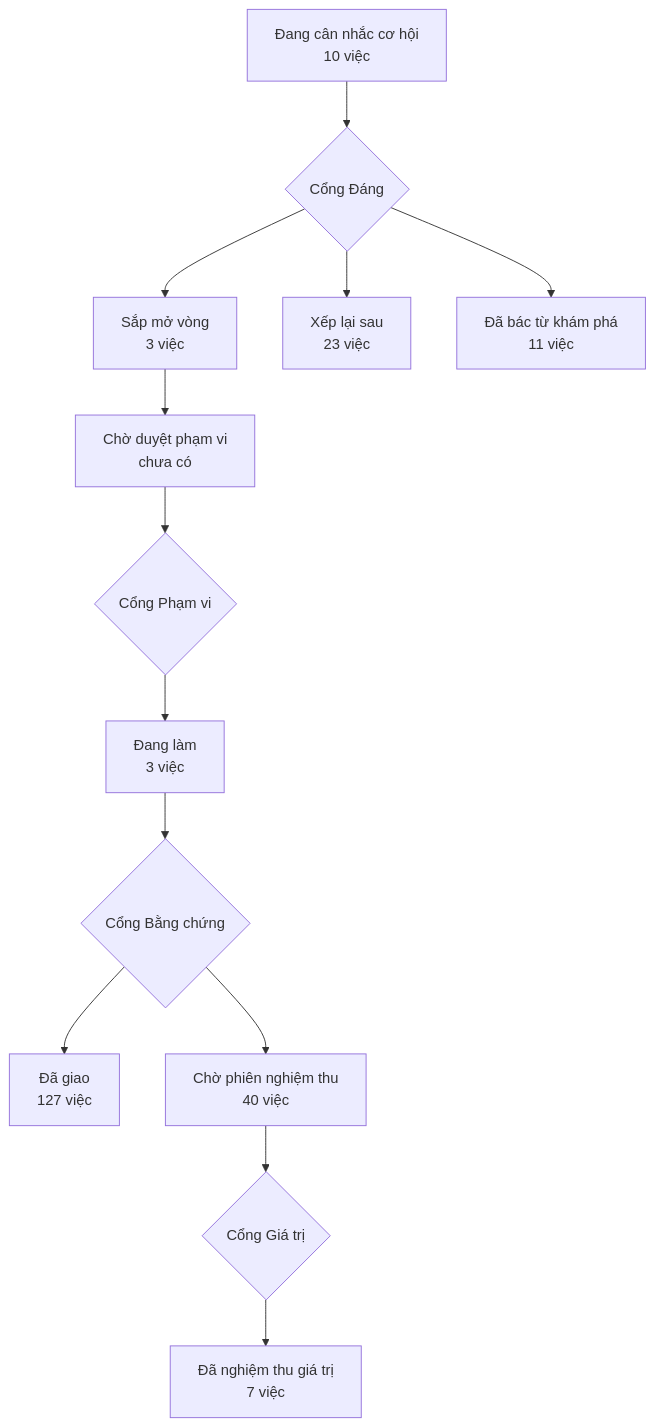
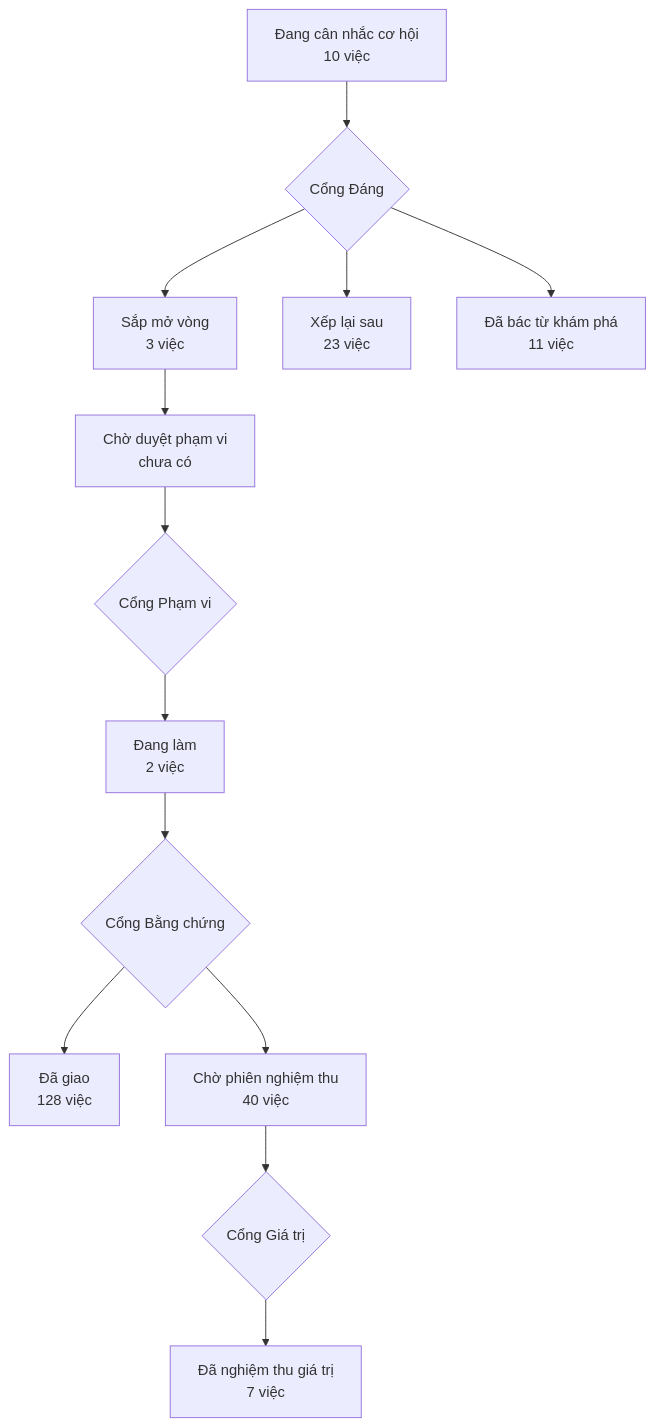
One commit to phanlemanh/acceptance-gate-kit changed the diagram in PRODUCT-MAP.md. Above: the diagram before and after it, drawn with Mermaid. The commit also changed 5 other files, not shown here.

````diff
--- a/PRODUCT-MAP.md
+++ b/PRODUCT-MAP.md
@@ -7,12 +7,12 @@
 ```mermaid
 flowchart TD
   A["Đang cân nhắc cơ hội<br/>10 việc"] --> GD{"Cổng Đáng"}
   GD --> B["Sắp mở vòng<br/>3 việc"]
   GD --> XL["Xếp lại sau<br/>23 việc"]
   GD --> DB["Đã bác từ khám phá<br/>11 việc"]
   B --> CD["Chờ duyệt phạm vi<br/>chưa có"] --> GP{"Cổng Phạm vi"}
-  GP --> DL["Đang làm<br/>3 việc"] --> GB{"Cổng Bằng chứng"}
-  GB --> DG["Đã giao<br/>127 việc"]
+  GP --> DL["Đang làm<br/>2 việc"] --> GB{"Cổng Bằng chứng"}
+  GB --> DG["Đã giao<br/>128 việc"]
   GB --> CN["Chờ phiên nghiệm thu<br/>40 việc"] --> GG{"Cổng Giá trị"}
   GG --> NT["Đã nghiệm thu giá trị<br/>7 việc"]
 ```
````
